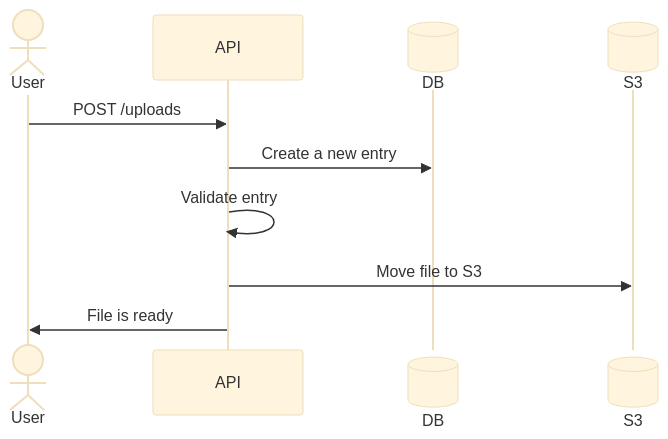
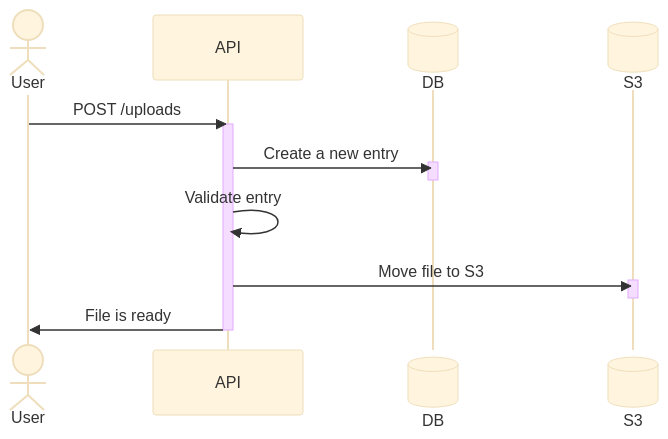
One commit to Raiders-io/Transcendence changed the first of 2 diagrams in ObjectStorage/Arch/arch.md. Above: the diagram before and after it, drawn with Mermaid (base theme). The commit also changed other lines of this file, not shown here.

````diff
--- a/ObjectStorage/Arch/arch.md
+++ b/ObjectStorage/Arch/arch.md
@@ -13,12 +13,18 @@
 ```mermaid
 sequenceDiagram
     actor User
     participant API_object as API
     participant DB@{ "type" : "database" }
     participant S3@{ "type" : "database" }
     User->>API_object: POST /uploads
+    activate API_object
     API_object->>DB: Create a new entry
+    activate DB
+    deactivate DB
     API_object->>API_object: Validate entry
     API_object->>S3: Move file to S3
+    activate S3
+    deactivate S3
     API_object->>User: File is ready
+    deactivate API_object
 ```
````
